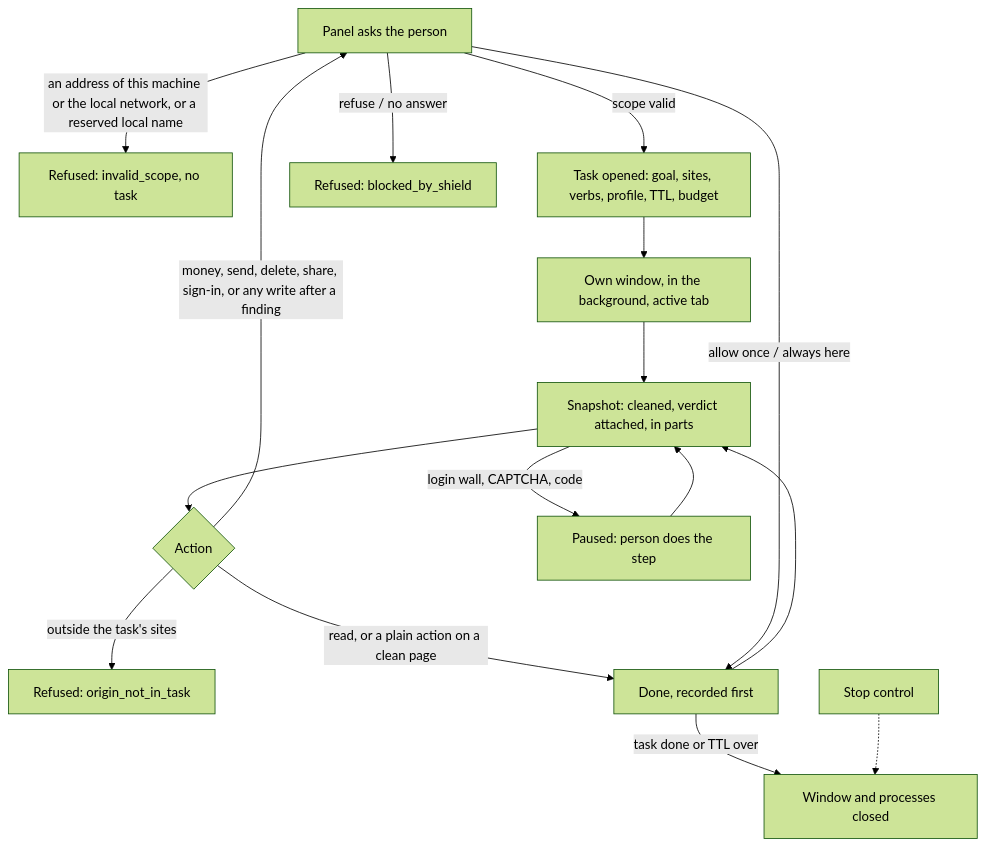
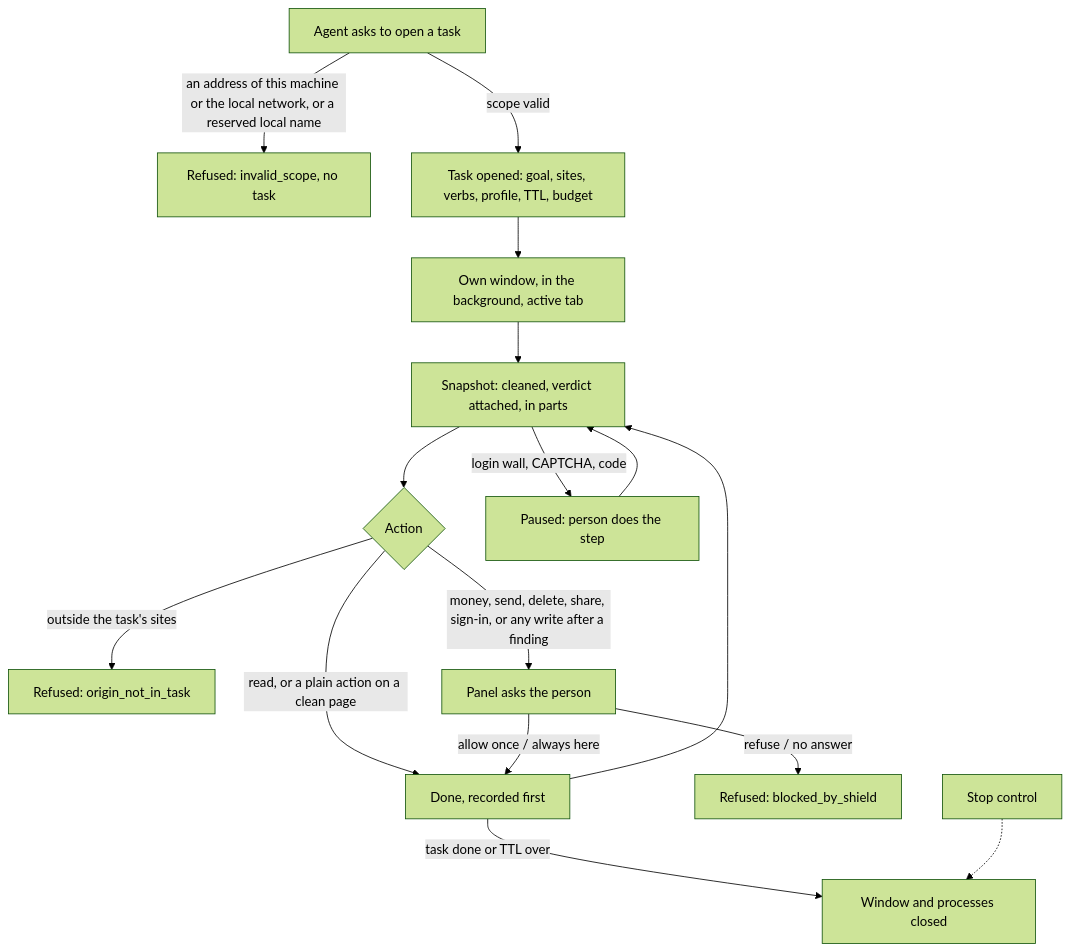
Before and after one commit to passioncode-ai/okolos: diagram 22 of 23 in docs/ux/flows.md, drawn with Mermaid (forest theme). The commit also changed 5 other files, not shown here.

Commit message:
docs(bridge): FLW-22 без повторного id, перепись в SCN-044 целиком, вступление спеки; гейт id в схемах

````diff
--- a/docs/ux/flows.md
+++ b/docs/ux/flows.md
@@ -737,17 +737,17 @@
 ```mermaid
 flowchart TD
-  Q[Agent asks to open a task] -->|an address of this machine or the local network, or a reserved local name| IS[Refused: invalid_scope, no task]
-  Q -->|scope valid| T
+  ASK[Agent asks to open a task] -->|an address of this machine or the local network, or a reserved local name| IS[Refused: invalid_scope, no task]
+  ASK -->|scope valid| T
   T[Task opened: goal, sites, verbs, profile, TTL, budget] --> W[Own window, in the background, active tab]
   W --> S[Snapshot: cleaned, verdict attached, in parts]
   S --> A{Action}
   A -->|outside the task's sites| X1[Refused: origin_not_in_task]
   A -->|read, or a plain action on a clean page| G[Done, recorded first]
   A -->|money, send, delete, share, sign-in, or any write after a finding| Q[Panel asks the person]
   Q -->|allow once / always here| G
   Q -->|refuse / no answer| X2[Refused: blocked_by_shield]
   S -->|login wall, CAPTCHA, code| H[Paused: person does the step] --> S
   G --> S
   G -->|task done or TTL over| E[Window and processes closed]
   STOP[Stop control] -.-> E
 ```
````
